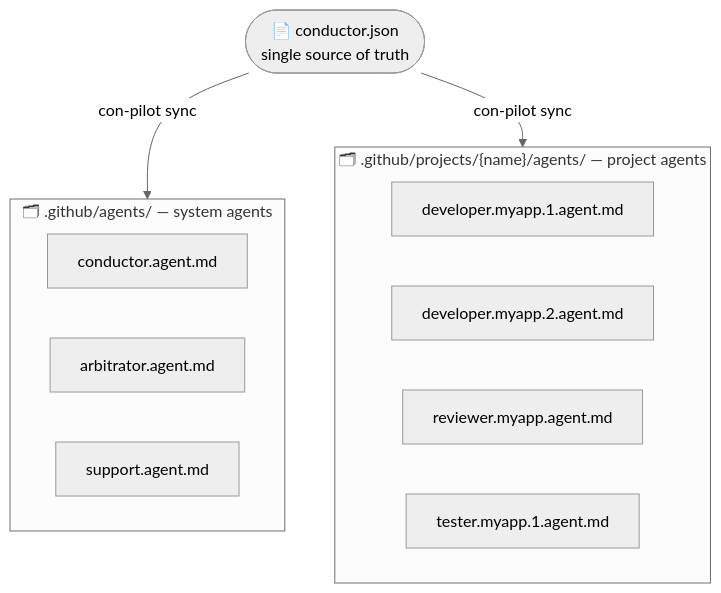
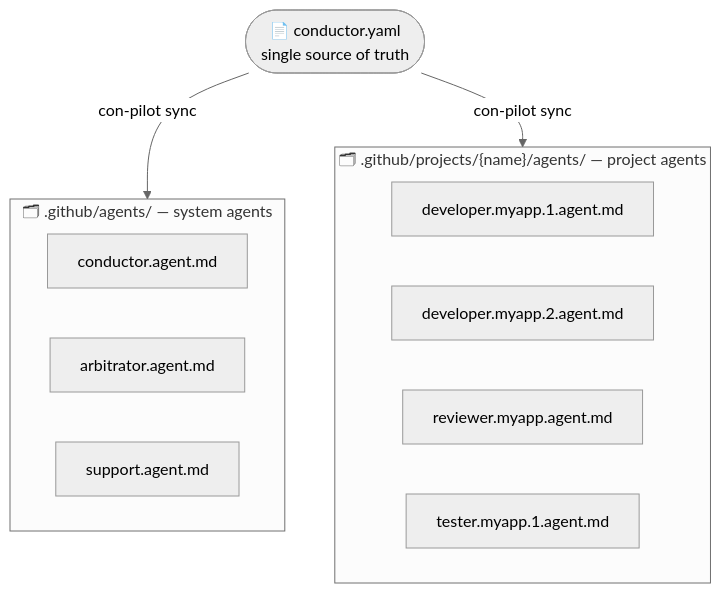
Before and after one commit to oliben67/copilot-conductor: the third of 9 diagrams in README.md, drawn with Mermaid (neutral theme). The commit also changed other lines of this file and 1 other file, not shown here.

````diff
--- a/README.md
+++ b/README.md
@@ -321,20 +320,20 @@
 ```mermaid
 flowchart TD
-    CF(["📄 conductor.json\nsingle source of truth"])
+    CF(["📄 conductor.yaml\nsingle source of truth"])
 
     CF -->|"con-pilot sync"| SA
     CF -->|"con-pilot sync"| PA
 
     subgraph SA["🗂 .github/agents/  —  system agents"]
         A1["conductor.agent.md"]
         A2["arbitrator.agent.md"]
         A3["support.agent.md"]
     end
 
     subgraph PA["🗂 .github/projects/{name}/agents/  —  project agents"]
         B1["developer.myapp.1.agent.md"]
         B2["developer.myapp.2.agent.md"]
         B3["reviewer.myapp.agent.md"]
         B4["tester.myapp.1.agent.md"]
     end
 ```
````
